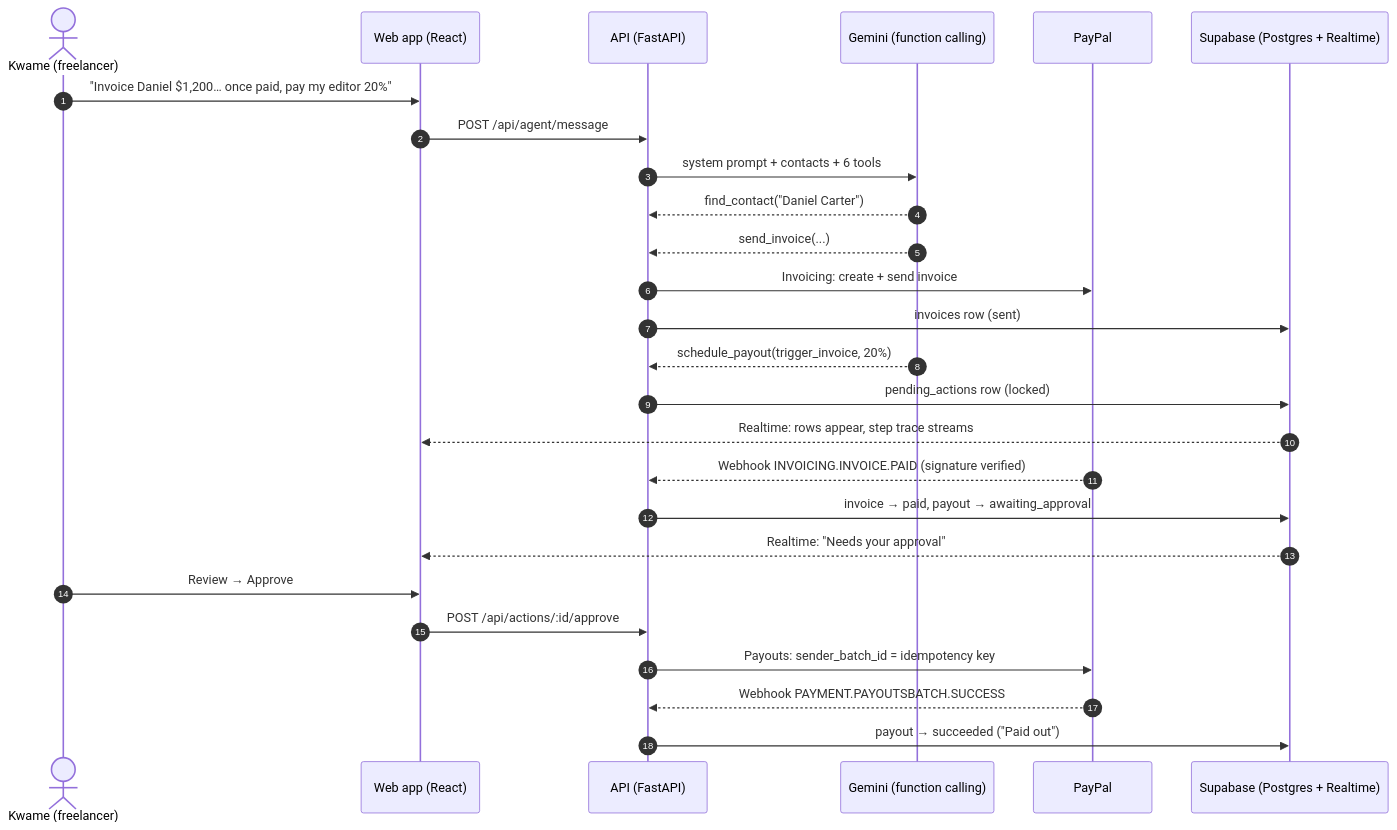
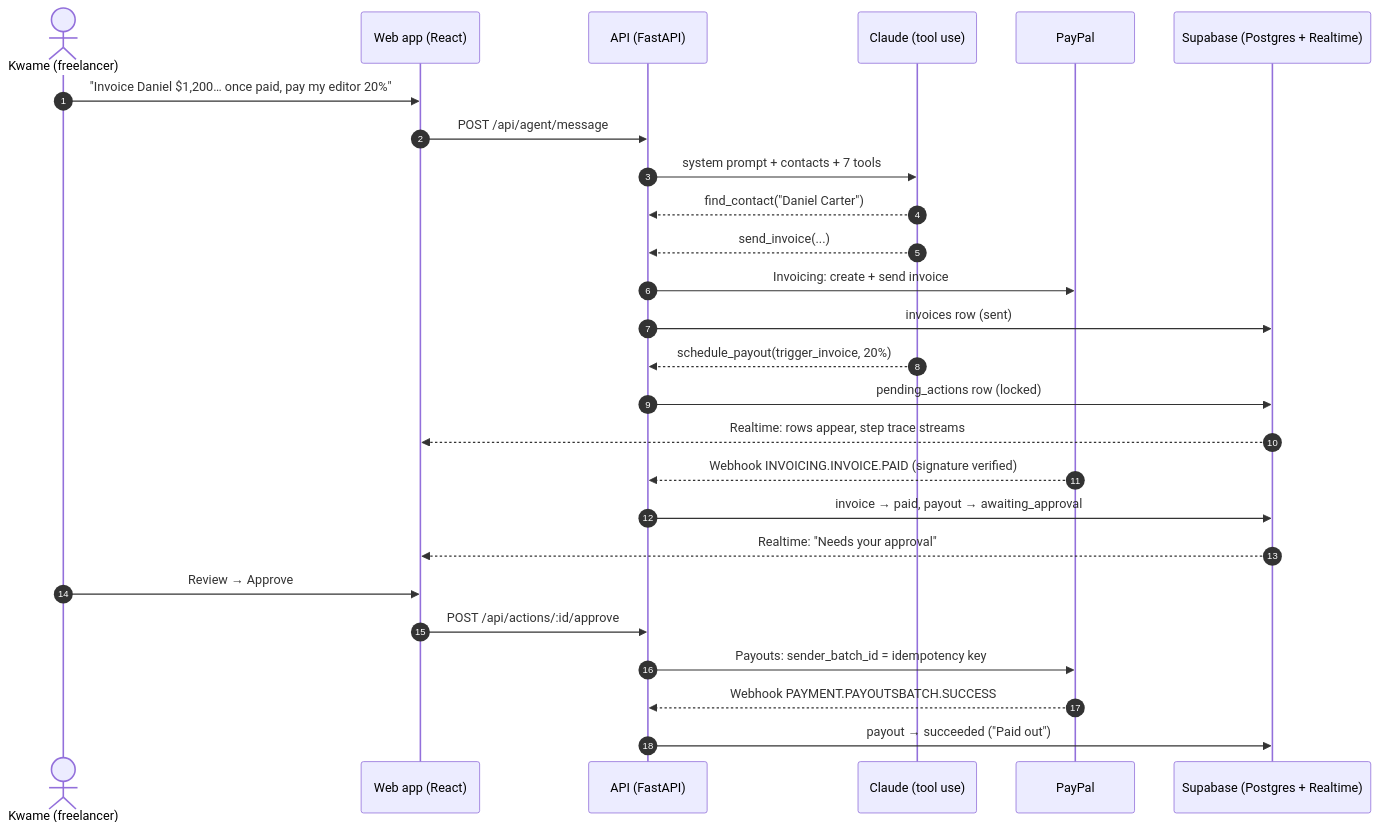
The first of 2 diagrams in README.md (LancemDev/paysasa), drawn with Mermaid before and after one commit. The commit also changed other lines of this file and 7 other files, not shown here.

````diff
--- a/README.md
+++ b/README.md
@@ -82,29 +82,29 @@
 ```mermaid
 sequenceDiagram
     autonumber
     actor K as Kwame (freelancer)
     participant W as Web app (React)
     participant A as API (FastAPI)
-    participant C as Gemini (function calling)
+    participant C as Claude (tool use)
     participant P as PayPal
     participant D as Supabase (Postgres + Realtime)
 
     K->>W: "Invoice Daniel $1,200… once paid, pay my editor 20%"
     W->>A: POST /api/agent/message
-    A->>C: system prompt + contacts + 6 tools
+    A->>C: system prompt + contacts + 7 tools
     C-->>A: find_contact("Daniel Carter")
     C-->>A: send_invoice(...)
     A->>P: Invoicing: create + send invoice
     A->>D: invoices row (sent)
     C-->>A: schedule_payout(trigger_invoice, 20%)
     A->>D: pending_actions row (locked)
     D-->>W: Realtime: rows appear, step trace streams
     P-->>A: Webhook INVOICING.INVOICE.PAID (signature verified)
     A->>D: invoice → paid, payout → awaiting_approval
     D-->>W: Realtime: "Needs your approval"
     K->>W: Review → Approve
     W->>A: POST /api/actions/:id/approve
     A->>P: Payouts: sender_batch_id = idempotency key
     P-->>A: Webhook PAYMENT.PAYOUTSBATCH.SUCCESS
     A->>D: payout → succeeded ("Paid out")
 ```
````
